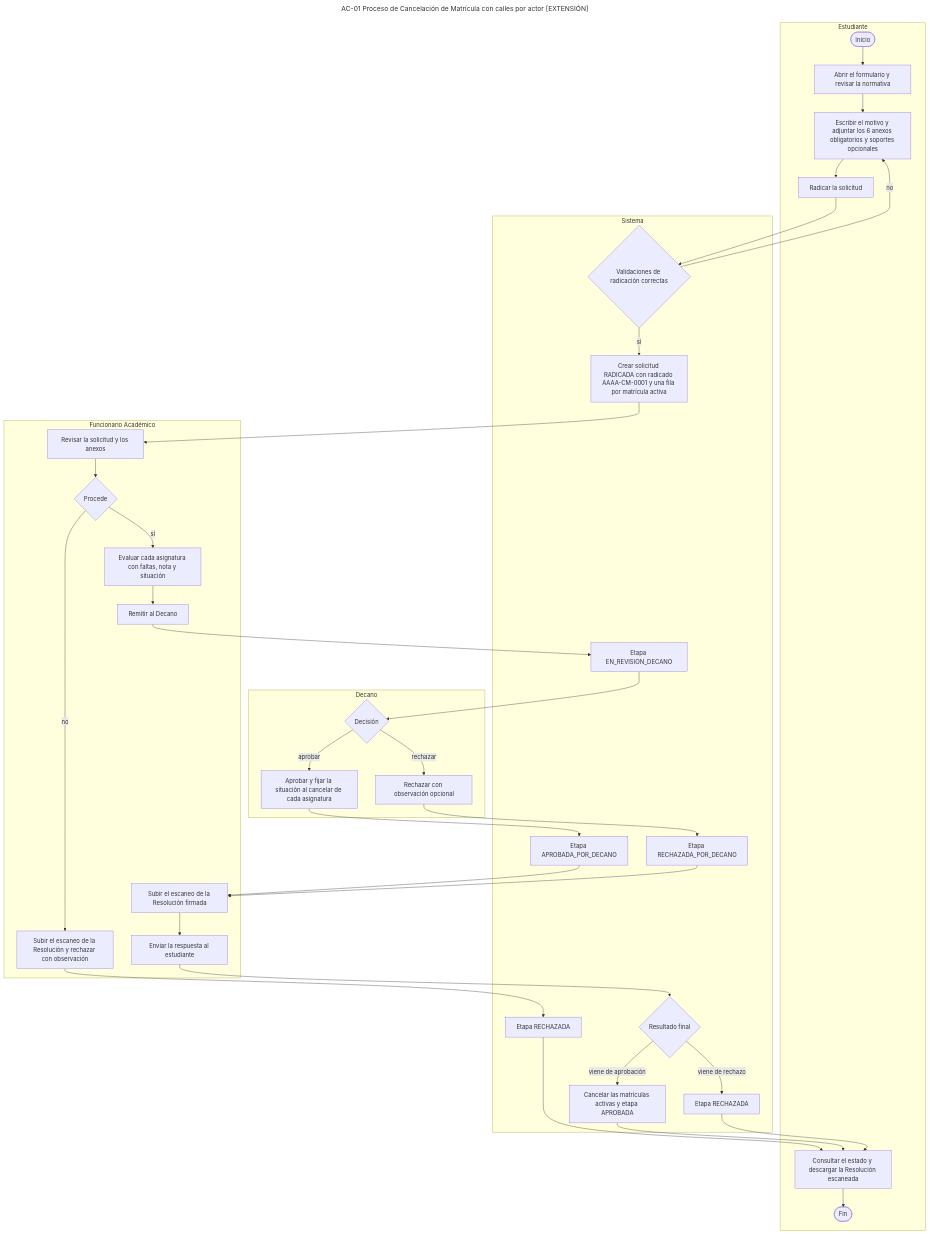
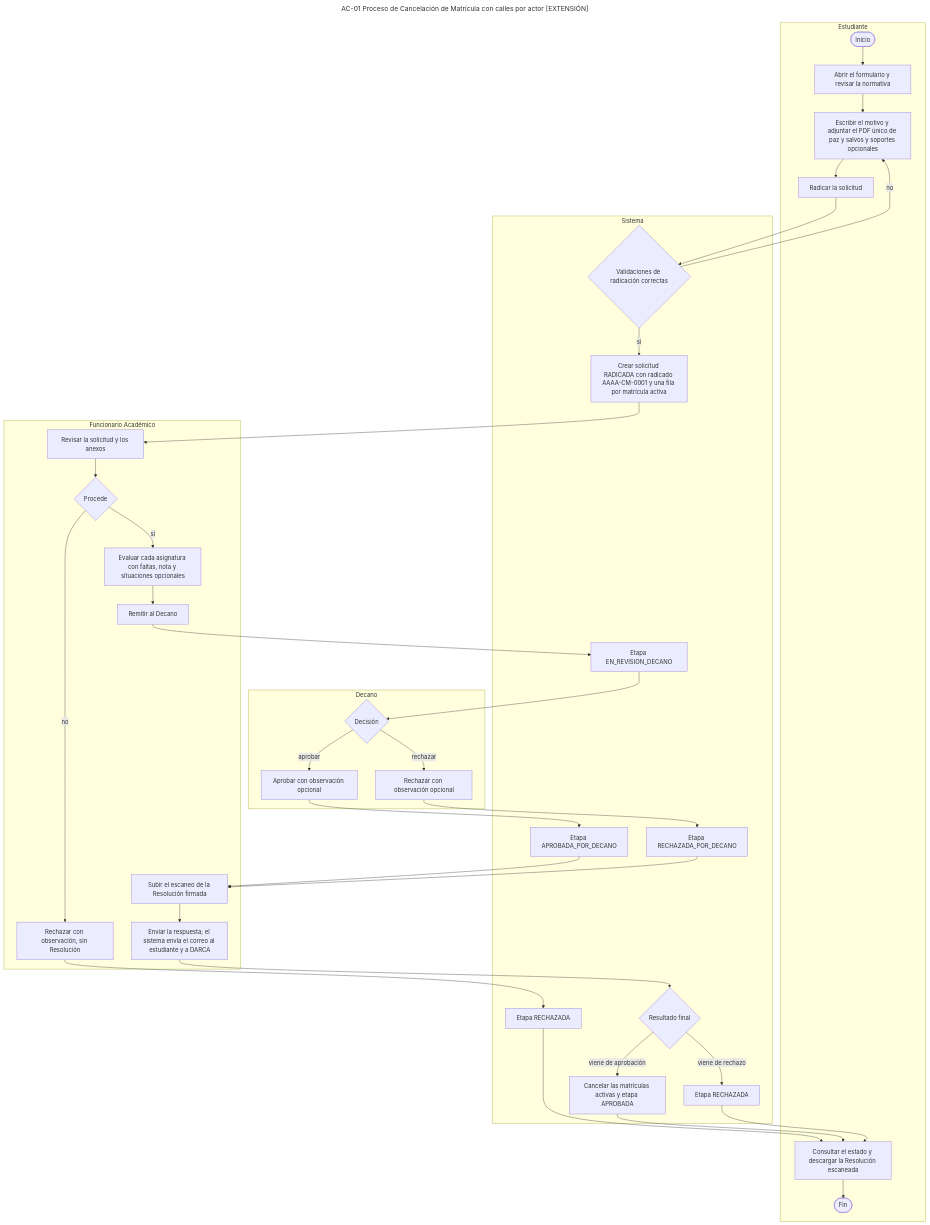
One commit to CamiloBonilla1226/Gestion-Procesos-Academicos-FIET changed diagram 32 of 42 in docs/analisis/13-diagramas-fuente.md. Above: the diagram before and after it, drawn with Mermaid. The commit also changed other lines of this file and 105 other files, not shown here.

````diff
--- a/docs/analisis/13-diagramas-fuente.md
+++ b/docs/analisis/13-diagramas-fuente.md
@@ -2042,50 +2052,50 @@
 ```mermaid
 ---
 title: AC-01 Proceso de Cancelación de Matrícula con calles por actor [EXTENSIÓN]
 ---
 flowchart TB
     subgraph EST["Estudiante"]
         E1(["Inicio"])
         E2["Abrir el formulario y revisar la normativa"]
-        E3["Escribir el motivo y adjuntar los 6 anexos obligatorios y soportes opcionales"]
+        E3["Escribir el motivo y adjuntar el PDF único de paz y salvos y soportes opcionales"]
         E4["Radicar la solicitud"]
         E9["Consultar el estado y descargar la Resolución escaneada"]
         E10(["Fin"])
     end
     subgraph SIS["Sistema"]
         S1{"Validaciones de radicación correctas"}
         S2["Crear solicitud RADICADA con radicado AAAA-CM-0001 y una fila por matrícula activa"]
         S3["Etapa RECHAZADA"]
         S4["Etapa EN_REVISION_DECANO"]
         S5["Etapa APROBADA_POR_DECANO"]
         S6["Etapa RECHAZADA_POR_DECANO"]
         S7{"Resultado final"}
         S8["Cancelar las matrículas activas y etapa APROBADA"]
         S9["Etapa RECHAZADA"]
     end
     subgraph FUN["Funcionario Académico"]
         F1["Revisar la solicitud y los anexos"]
         F2{"Procede"}
-        F3["Subir el escaneo de la Resolución y rechazar con observación"]
-        F4["Evaluar cada asignatura con faltas, nota y situación"]
+        F3["Rechazar con observación, sin Resolución"]
+        F4["Evaluar cada asignatura con faltas, nota y situaciones opcionales"]
         F5["Remitir al Decano"]
         F6["Subir el escaneo de la Resolución firmada"]
-        F7["Enviar la respuesta al estudiante"]
+        F7["Enviar la respuesta; el sistema envía el correo al estudiante y a DARCA"]
     end
     subgraph DEC["Decano"]
         D1{"Decisión"}
-        D2["Aprobar y fijar la situación al cancelar de cada asignatura"]
+        D2["Aprobar con observación opcional"]
         D3["Rechazar con observación opcional"]
     end
     E1 --> E2 --> E3 --> E4 --> S1
     S1 -->|no| E3
     S1 -->|sí| S2 --> F1 --> F2
     F2 -->|no| F3 --> S3 --> E9
     F2 -->|sí| F4 --> F5 --> S4 --> D1
     D1 -->|aprobar| D2 --> S5 --> F6
     D1 -->|rechazar| D3 --> S6 --> F6
     F6 --> F7 --> S7
     S7 -->|viene de aprobación| S8 --> E9
     S7 -->|viene de rechazo| S9 --> E9
     E9 --> E10
 ```
````
